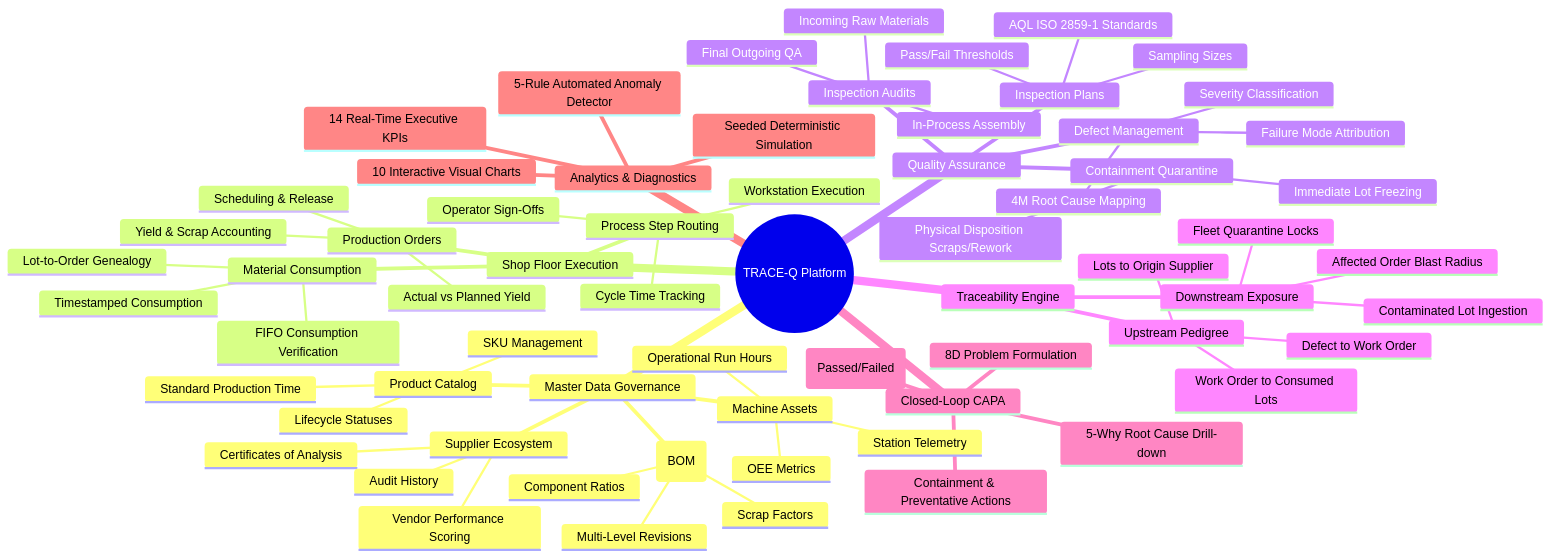
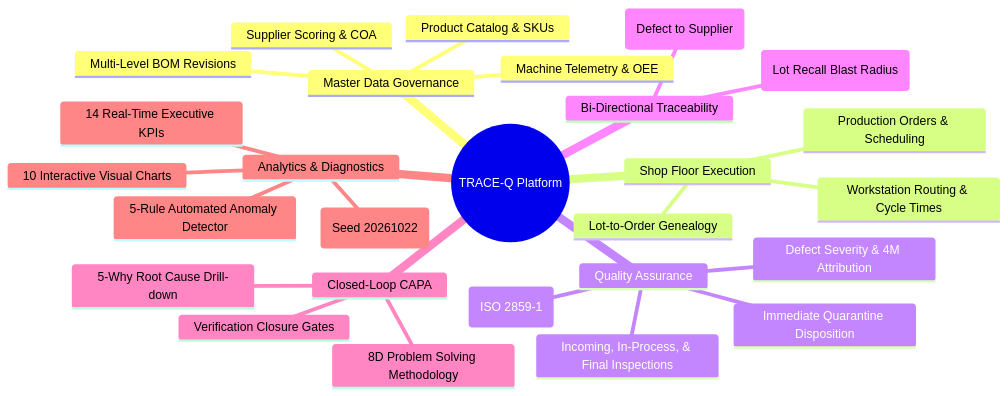
The first of 2 diagrams in README.md (2200030440/manufacturing-defect-traceability), drawn with Mermaid before and after one commit. The commit also changed other lines of this file, not shown here.

Commit message:
docs: streamline README with clean single live link, local run instructions, and complete system walkthrough

````diff
--- a/README.md
+++ b/README.md
@@ -58,69 +86,30 @@
 ```mermaid
 mindmap
   root((TRACE-Q Platform))
     Master Data Governance
-      Product Catalog
-        SKU Management
-        Standard Production Time
-        Lifecycle Statuses
-      Bills of Materials (BOM)
-        Multi-Level Revisions
-        Component Ratios
-        Scrap Factors
-      Supplier Ecosystem
-        Vendor Performance Scoring
-        Certificates of Analysis
-        Audit History
-      Machine Assets
-        Station Telemetry
-        Operational Run Hours
-        OEE Metrics
+      Product Catalog & SKUs
+      Multi-Level BOM Revisions
+      Supplier Scoring & COA
+      Machine Telemetry & OEE
     Shop Floor Execution
-      Production Orders
-        Scheduling & Release
-        Actual vs Planned Yield
-        Yield & Scrap Accounting
-      Material Consumption
-        Lot-to-Order Genealogy
-        Timestamped Consumption
-        FIFO Consumption Verification
-      Process Step Routing
-        Cycle Time Tracking
-        Operator Sign-Offs
-        Workstation Execution
+      Production Orders & Scheduling
+      Lot-to-Order Genealogy
+      Workstation Routing & Cycle Times
     Quality Assurance
-      Inspection Plans
-        AQL ISO 2859-1 Standards
-        Sampling Sizes
-        Pass/Fail Thresholds
-      Inspection Audits
-        Incoming Raw Materials
-        In-Process Assembly
-        Final Outgoing QA
-      Defect Management
-        Severity Classification
-        Failure Mode Attribution
-        4M Root Cause Mapping
-      Containment Quarantine
-        Immediate Lot Freezing
-        Physical Disposition Scraps/Rework
-    Traceability Engine
-      Upstream Pedigree
-        Defect to Work Order
-        Work Order to Consumed Lots
-        Lots to Origin Supplier
-      Downstream Exposure
-        Contaminated Lot Ingestion
-        Affected Order Blast Radius
-        Fleet Quarantine Locks
+      AQL Sampling Plans (ISO 2859-1)
+      Incoming, In-Process, & Final Inspections
+      Defect Severity & 4M Attribution
+      Immediate Quarantine Disposition
+    Bi-Directional Traceability
+      Upstream Pedigree (Defect to Supplier)
+      Downstream Exposure (Lot Recall Blast Radius)
     Closed-Loop CAPA
-      8D Problem Formulation
+      8D Problem Solving Methodology
       5-Why Root Cause Drill-down
-      Containment & Preventative Actions
-      Verification Gates (Passed/Failed)
+      Verification Closure Gates
     Analytics & Diagnostics
       14 Real-Time Executive KPIs
       10 Interactive Visual Charts
       5-Rule Automated Anomaly Detector
-      Seeded Deterministic Simulation
+      Deterministic Simulation (Seed 20261022)
 ```
````
